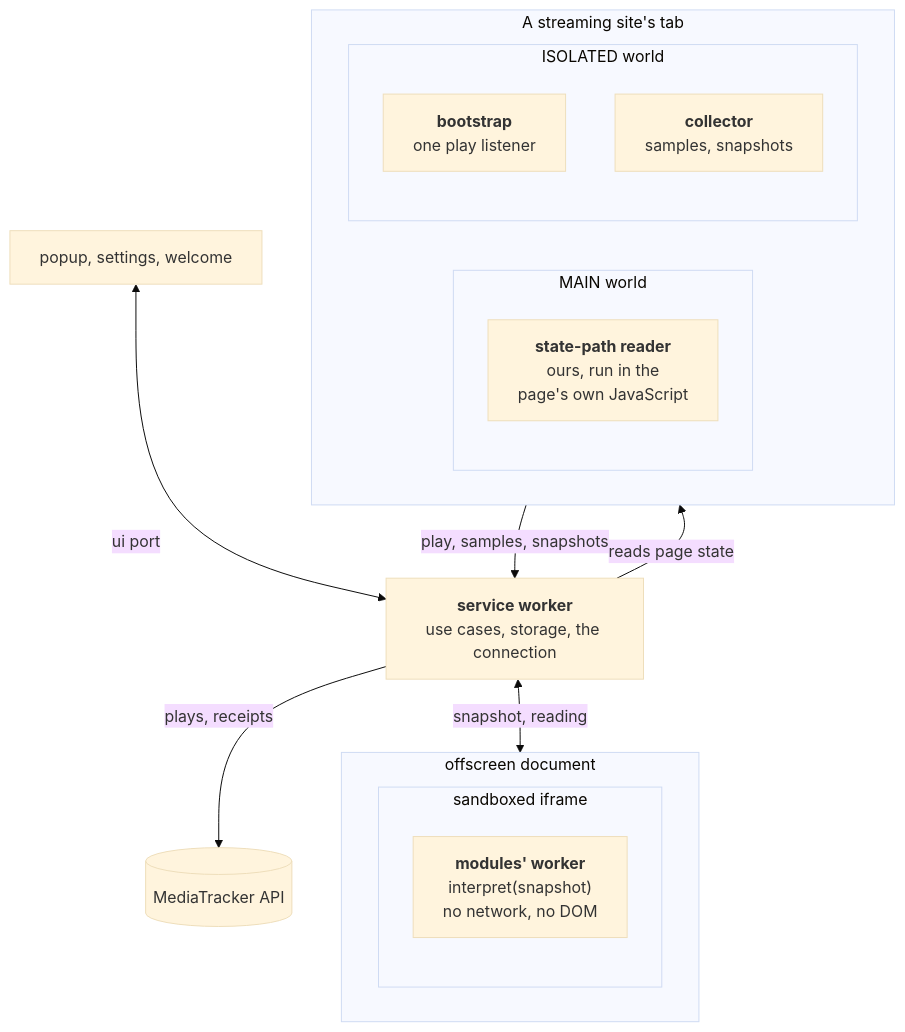
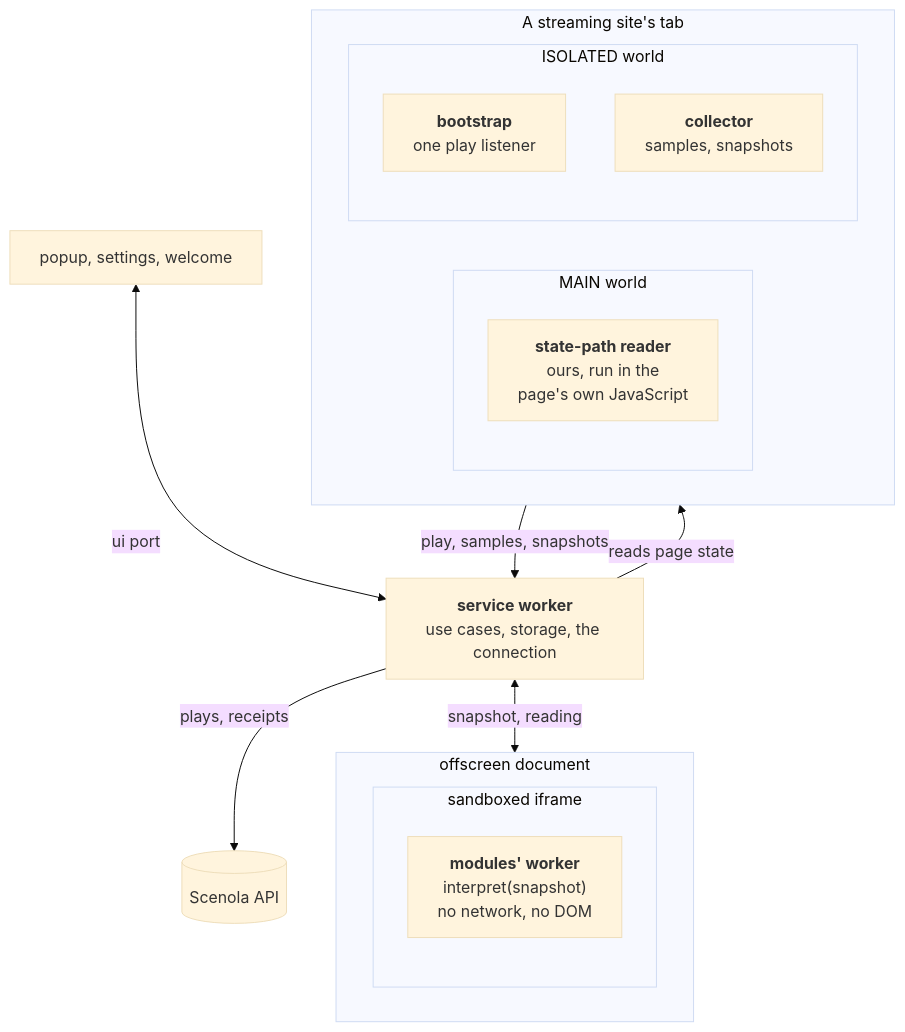
Before and after one commit to scenola/browser-extension: the second of 3 diagrams in docs/architecture.md, drawn with Mermaid (base theme). The commit also changed other lines of this file and 66 other files, not shown here.

````diff
--- a/docs/architecture.md
+++ b/docs/architecture.md
@@ -97,29 +97,29 @@
 ```mermaid
 flowchart TB
   subgraph tab["A streaming site's tab"]
     direction LR
     subgraph main["MAIN world"]
       reader["<b>state-path reader</b><br/>ours, run in the<br/>page's own JavaScript"]
     end
     subgraph isolated["ISOLATED world"]
       bootstrap["<b>bootstrap</b><br/>one play listener"]
       collector["<b>collector</b><br/>samples, snapshots"]
     end
   end
 
   sw["<b>service worker</b><br/>use cases, storage, the connection"]
   pages["popup, settings, welcome"]
-  mt[("MediaTracker API")]
+  mt[("Scenola API")]
 
   subgraph offscreen["offscreen document"]
     subgraph sandbox["sandboxed iframe"]
       modules["<b>modules' worker</b><br/>interpret(snapshot)<br/>no network, no DOM"]
     end
   end
 
   isolated -- "play, samples, snapshots" --> sw
   sw -- "reads page state" --> main
   pages <-- "ui port" --> sw
   sw <-- "snapshot, reading" --> offscreen
   sw -- "plays, receipts" --> mt
 ```
````
